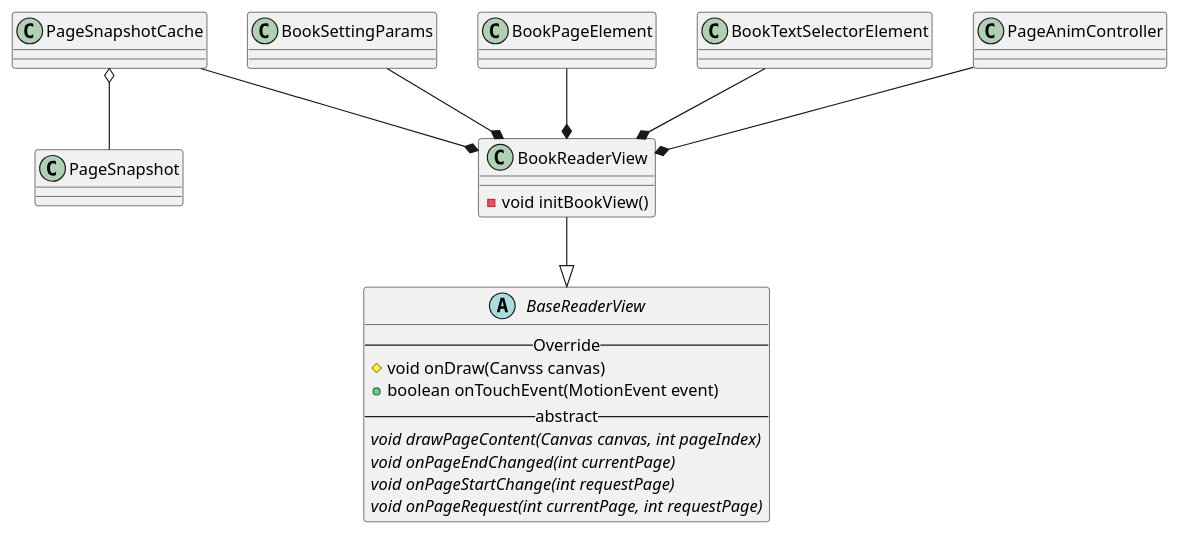
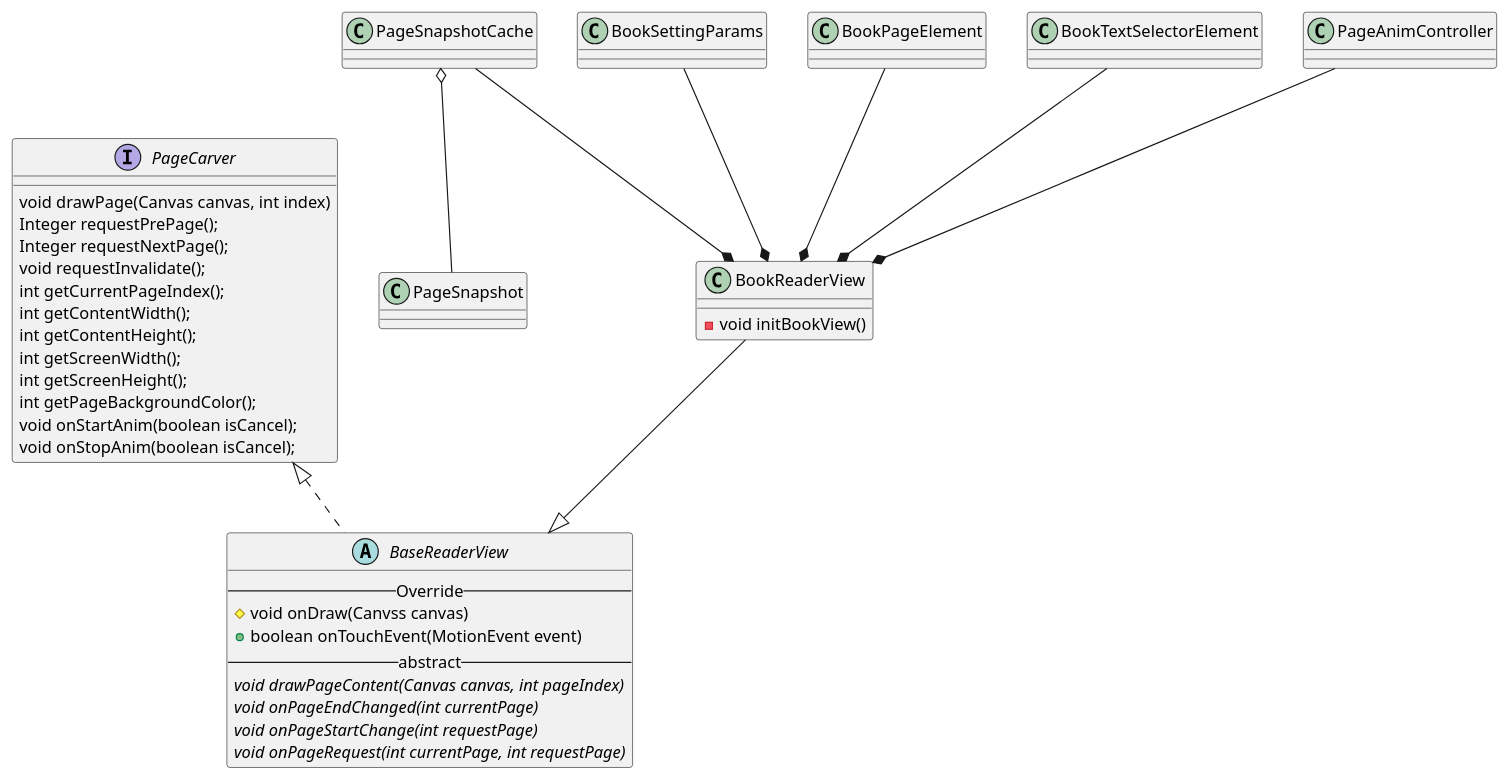
Before and after one commit to yufns/uml: the diagram in uml/reader/module/reader/class/book_reader_view.puml, drawn with PlantUML. The commit also changed 4 other files, not shown here.

```diff
--- a/uml/reader/module/reader/class/book_reader_view.puml
+++ b/uml/reader/module/reader/class/book_reader_view.puml
@@ -1,30 +1,46 @@
 @startuml
+
+interface PageCarver{
+  void drawPage(Canvas canvas, int index)
+  Integer requestPrePage();
+  Integer requestNextPage();
+  void requestInvalidate();
+  int getCurrentPageIndex();
+  int getContentWidth();
+  int getContentHeight();
+  int getScreenWidth();
+  int getScreenHeight();
+  int getPageBackgroundColor();
+  void onStartAnim(boolean isCancel);
+  void onStopAnim(boolean isCancel);
+}
+
 class PageSnapshot
 class PageSnapshotCache
 class BookReaderView{
   - void initBookView()
 }
 class BookSettingParams
 abstract class BaseReaderView{
   -- Override --
   # void onDraw(Canvss canvas)
   + boolean onTouchEvent(MotionEvent event)
   -- abstract --
   {abstract} void drawPageContent(Canvas canvas, int pageIndex)
   {abstract} void onPageEndChanged(int currentPage)
   {abstract} void onPageStartChange(int requestPage)
   {abstract} void onPageRequest(int currentPage, int requestPage)
 }
 
 BookReaderView --|> BaseReaderView
 
 BookSettingParams --* BookReaderView
 BookPageElement --* BookReaderView
 BookTextSelectorElement --* BookReaderView
 PageAnimController --* BookReaderView
 PageSnapshotCache --* BookReaderView
 
 PageSnapshotCache o-- PageSnapshot
-PageAnimController.PageCarver <|.. BaseReaderView
+PageCarver <|.. BaseReaderView
 
 @enduml
```
